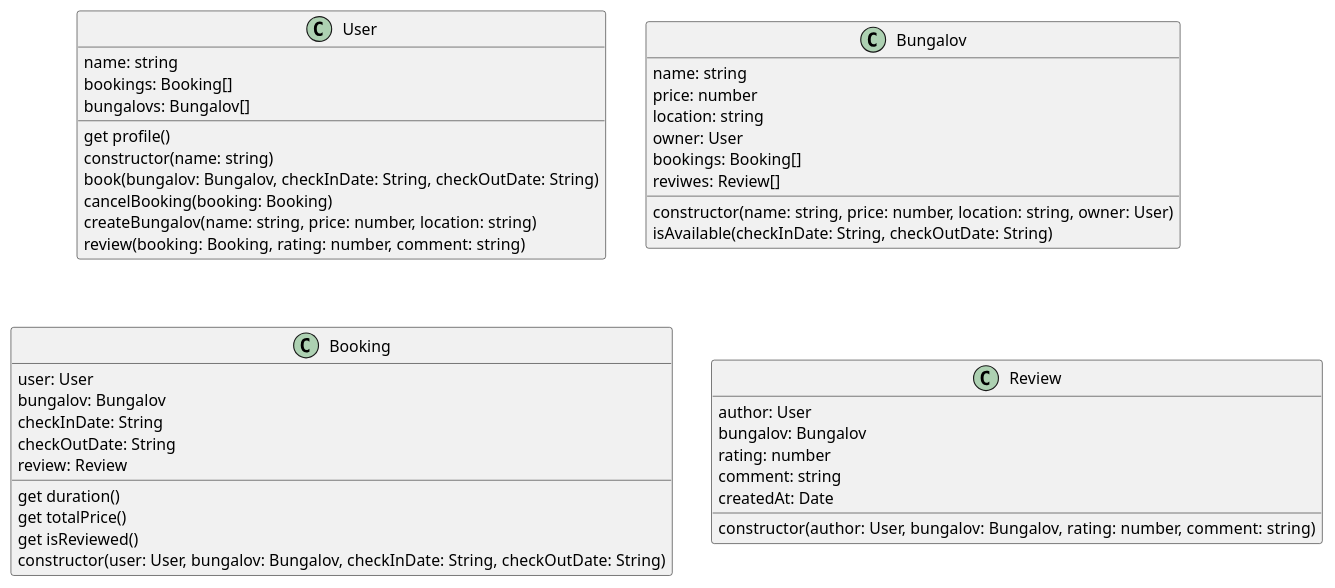
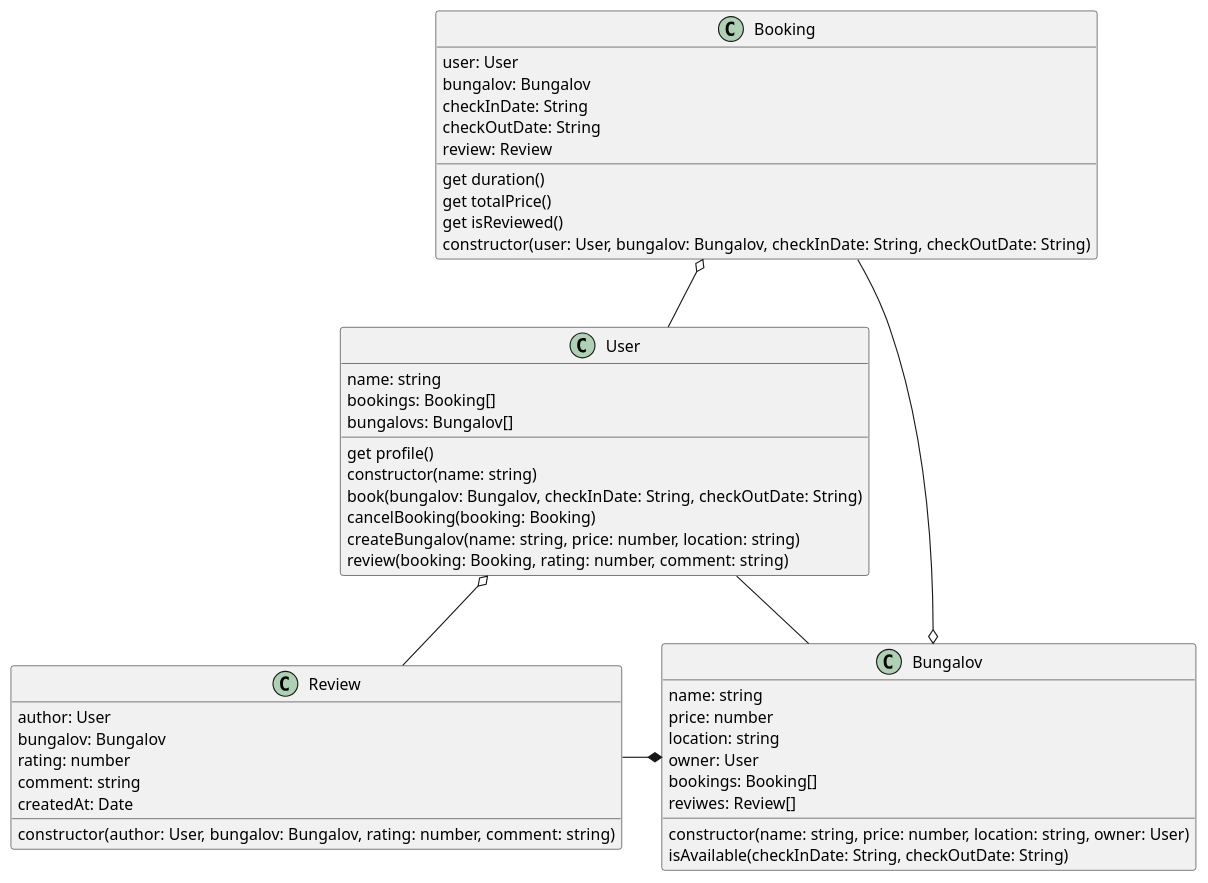
Before and after one commit to nsdumanlife/graduation-project-nsdumanlife: the diagram in architecture/class.puml, drawn with PlantUML.

Commit message:
Add class relationships to class.puml file

```diff
--- a/architecture/class.puml
+++ b/architecture/class.puml
@@ -1,51 +1,58 @@
 @startuml Bungalov Booking App
 
 class User {
   name: string
   bookings: Booking[]
   bungalovs: Bungalov[]
 
   get profile()
   constructor(name: string)
   book(bungalov: Bungalov, checkInDate: String, checkOutDate: String)
   cancelBooking(booking: Booking)
   createBungalov(name: string, price: number, location: string)
   review(booking: Booking, rating: number, comment: string)
 }
 
 class Bungalov {
   name: string
   price: number
   location: string
   owner: User
   bookings: Booking[]
   reviwes: Review[]
 
   constructor(name: string, price: number, location: string, owner: User)
   isAvailable(checkInDate: String, checkOutDate: String)
 }
 
 class Booking {
   user: User
   bungalov: Bungalov
   checkInDate: String
   checkOutDate: String
   review: Review
 
   get duration()
   get totalPrice()
   get isReviewed()
   constructor(user: User, bungalov: Bungalov, checkInDate: String, checkOutDate: String)
 }
 
 class Review {
   author: User
   bungalov: Bungalov
   rating: number
   comment: string
   createdAt: Date
 
   constructor(author: User, bungalov: Bungalov, rating: number, comment: string)
 }
 
+User -- Bungalov
+Booking -o Bungalov
+Booking o-- User
+Review -* Bungalov
+User o-- Review
+
+
 @enduml
```
